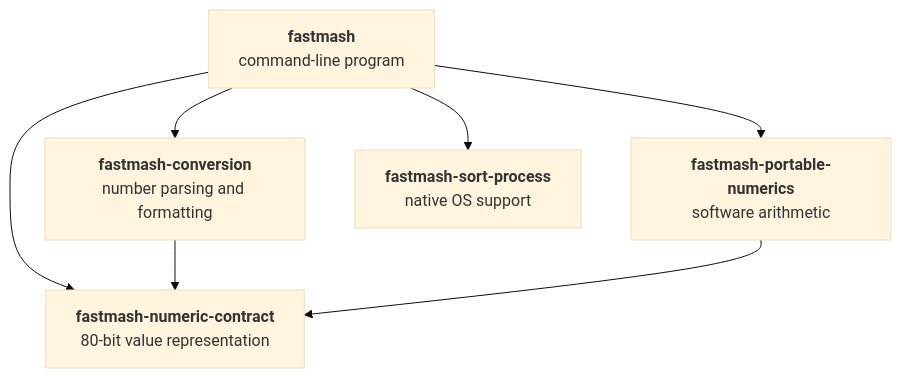
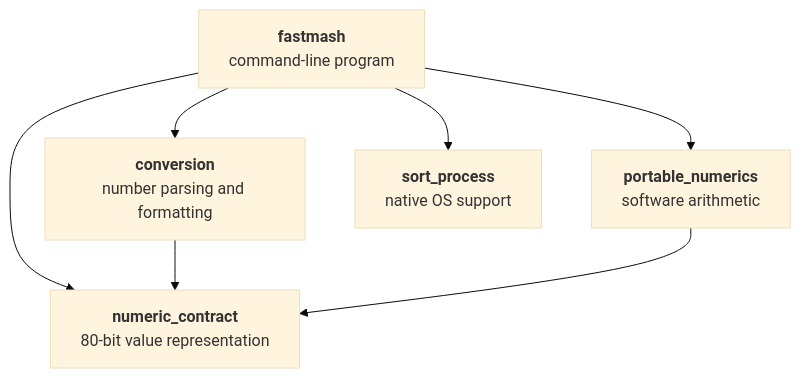
One commit to pederbe/fastmash changed the first of 3 diagrams in ARCHITECTURE.md. Above: the diagram before and after it, drawn with Mermaid (base theme). The commit also changed other lines of this file and 123 other files, not shown here.

````diff
--- a/ARCHITECTURE.md
+++ b/ARCHITECTURE.md
@@ -55,15 +55,15 @@
 ```mermaid
 graph TD
     cli["<b>fastmash</b><br/>command-line program"]
-    conv["<b>fastmash-conversion</b><br/>number parsing and formatting"]
-    pn["<b>fastmash-portable-numerics</b><br/>software arithmetic"]
-    nc["<b>fastmash-numeric-contract</b><br/>80-bit value representation"]
-    sp["<b>fastmash-sort-process</b><br/>native OS support"]
+    conv["<b>conversion</b><br/>number parsing and formatting"]
+    pn["<b>portable_numerics</b><br/>software arithmetic"]
+    nc["<b>numeric_contract</b><br/>80-bit value representation"]
+    sp["<b>sort_process</b><br/>native OS support"]
 
     cli --> conv
     cli --> pn
     cli --> nc
     cli --> sp
     conv --> nc
     pn --> nc
 ```
````
